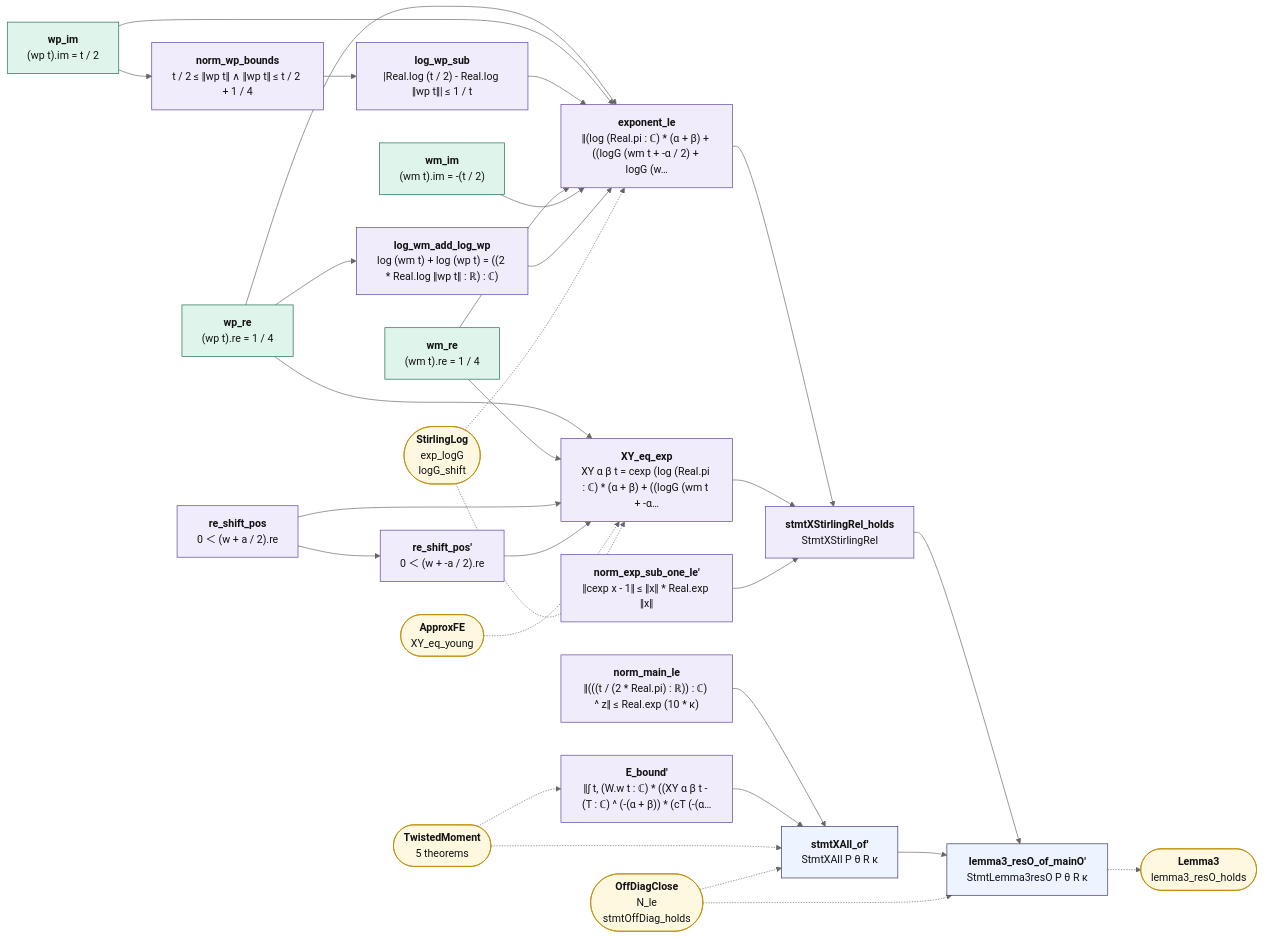
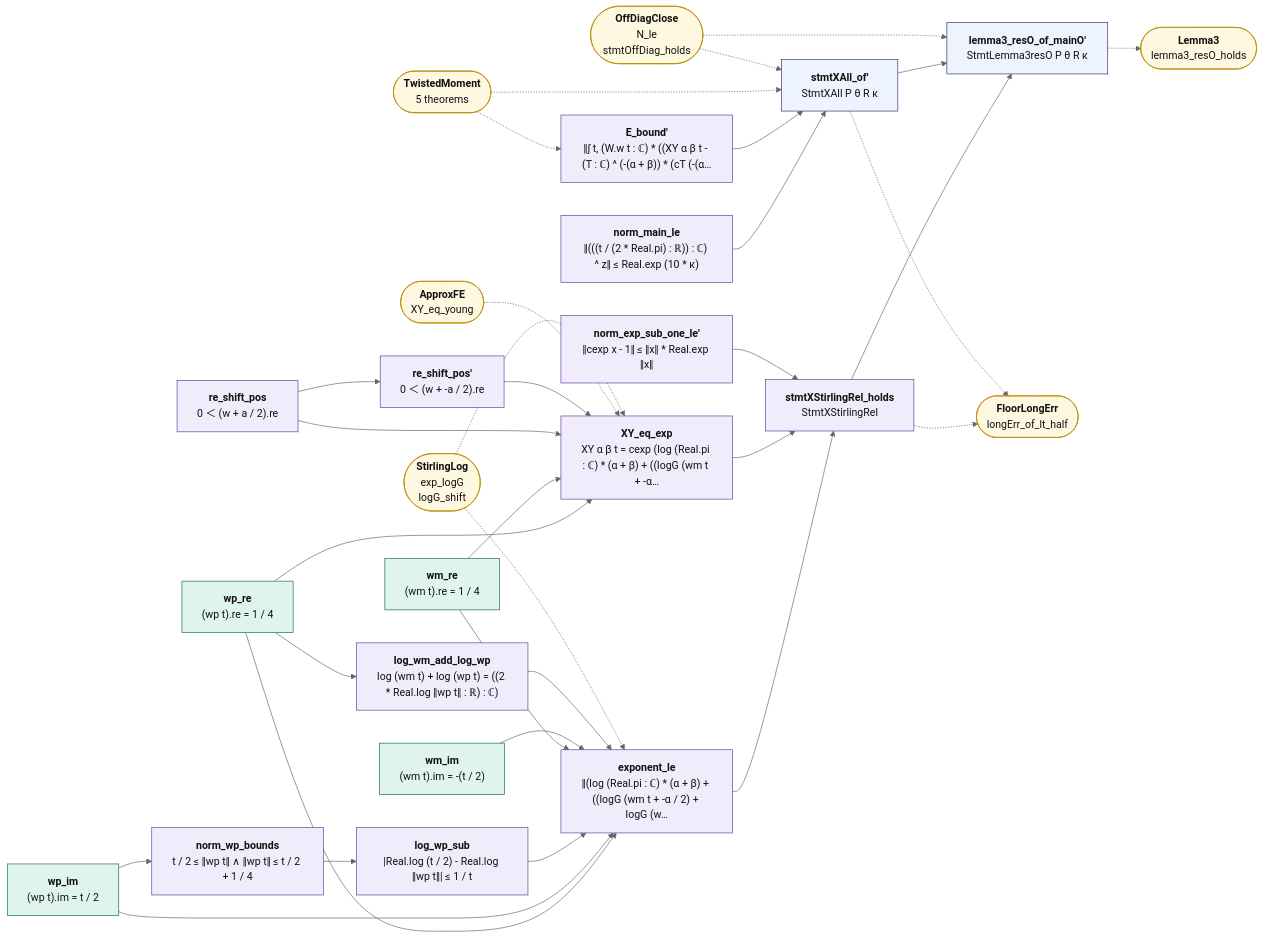
One commit to juliansambranojr/Primebeat_081426 changed the diagram in map/lean_stage3/StirlingX.md. Above: the diagram before and after it, drawn with Mermaid (neutral theme). The commit also changed other lines of this file and 64 other files, not shown here.

````diff
--- a/map/lean_stage3/StirlingX.md
+++ b/map/lean_stage3/StirlingX.md
@@ -14,62 +14,65 @@
 ```mermaid
 flowchart LR
   n0["<b>wp_re</b><br/>(wp t).re = 1 / 4"]:::cnt
   n1["<b>wp_im</b><br/>(wp t).im = t / 2"]:::cnt
   n2["<b>wm_re</b><br/>(wm t).re = 1 / 4"]:::cnt
   n3["<b>wm_im</b><br/>(wm t).im = -(t / 2)"]:::cnt
   n4["<b>re_shift_pos</b><br/>0 ＜ (w + a / 2).re"]:::shp
   n5["<b>re_shift_pos'</b><br/>0 ＜ (w + -a / 2).re"]:::shp
   n6["<b>XY_eq_exp</b><br/>XY α β t = cexp (log (Real.pi : ℂ) * (α + β) + ((logG (wm t + -α…"]:::shp
   n7["<b>log_wm_add_log_wp</b><br/>log (wm t) + log (wp t) = ((2 * Real.log ‖wp t‖ : ℝ) : ℂ)"]:::shp
   n8["<b>norm_exp_sub_one_le'</b><br/>‖cexp x - 1‖ ≤ ‖x‖ * Real.exp ‖x‖"]:::shp
   n9["<b>norm_wp_bounds</b><br/>t / 2 ≤ ‖wp t‖ ∧ ‖wp t‖ ≤ t / 2 + 1 / 4"]:::shp
   n10["<b>log_wp_sub</b><br/>|Real.log (t / 2) - Real.log ‖wp t‖| ≤ 1 / t"]:::shp
   n11["<b>exponent_le</b><br/>‖(log (Real.pi : ℂ) * (α + β) + ((logG (wm t + -α / 2) + logG (w…"]:::shp
   n12["<b>stmtXStirlingRel_holds</b><br/>StmtXStirlingRel"]:::shp
   n13["<b>norm_main_le</b><br/>‖(((t / (2 * Real.pi) : ℝ)) : ℂ) ^ z‖ ≤ Real.exp (10 * κ)"]:::shp
   n14["<b>E_bound'</b><br/>‖∫ t, (W.w t : ℂ) * ((XY α β t - (T : ℂ) ^ (-(α + β)) * (cT (-(α…"]:::shp
   n15["<b>stmtXAll_of'</b><br/>StmtXAll P θ R κ"]:::thm
   n16["<b>lemma3_resO_of_mainO'</b><br/>StmtLemma3resO P θ R κ"]:::thm
   x0(["<b>ApproxFE</b><br/>XY_eq_young"]):::ext
   x1(["<b>StirlingLog</b><br/>exp_logG<br/>logG_shift"]):::ext
-  x2(["<b>TwistedMoment</b><br/>5 theorems"]):::ext
-  x3(["<b>OffDiagClose</b><br/>N_le<br/>stmtOffDiag_holds"]):::ext
-  x4(["<b>Lemma3</b><br/>lemma3_resO_holds"]):::ext
+  x2(["<b>FloorLongErr</b><br/>longErr_of_lt_half"]):::ext
+  x3(["<b>TwistedMoment</b><br/>5 theorems"]):::ext
+  x4(["<b>OffDiagClose</b><br/>N_le<br/>stmtOffDiag_holds"]):::ext
+  x5(["<b>Lemma3</b><br/>lemma3_resO_holds"]):::ext
   n0 --> n11
   n0 --> n6
   n0 --> n7
   n1 --> n11
   n1 --> n9
   n10 --> n11
   n11 --> n12
   n12 --> n16
   n13 --> n15
   n14 --> n15
   n15 --> n16
   n2 --> n11
   n2 --> n6
   n3 --> n11
   n4 --> n5
   n4 --> n6
   n5 --> n6
   n6 --> n12
   n7 --> n11
   n8 --> n12
   n9 --> n10
-  n16 -.-> x4
+  n12 -.-> x2
+  n15 -.-> x2
+  n16 -.-> x5
   x0 -.-> n6
   x1 -.-> n11
   x1 -.-> n6
-  x2 -.-> n14
-  x2 -.-> n15
+  x3 -.-> n14
   x3 -.-> n15
-  x3 -.-> n16
+  x4 -.-> n15
+  x4 -.-> n16
   classDef cnt fill:#dff5ec,stroke:#17694a,color:#111
   classDef shp fill:#f1ecfb,stroke:#5b3fa0,color:#111
   classDef rh fill:#ffe5e5,stroke:#c22,color:#111,stroke-width:2px
   classDef thm fill:#eef4ff,stroke:#335,color:#111
   classDef end_ fill:#e7f7e7,stroke:#2a7,color:#111,stroke-width:2px
   classDef lone fill:#fff,stroke:#999,color:#111,stroke-dasharray:4 3
   classDef bad fill:#ffe5e5,stroke:#c22,color:#111,stroke-width:2px
   classDef ext fill:#fff8e1,stroke:#b80,color:#111
 ```
````
